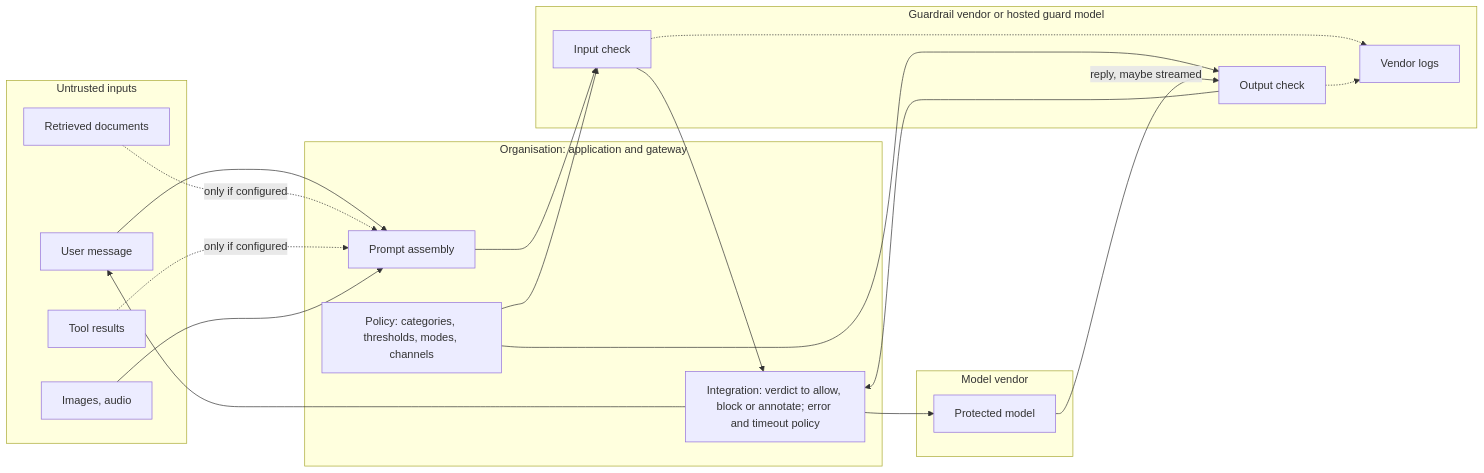
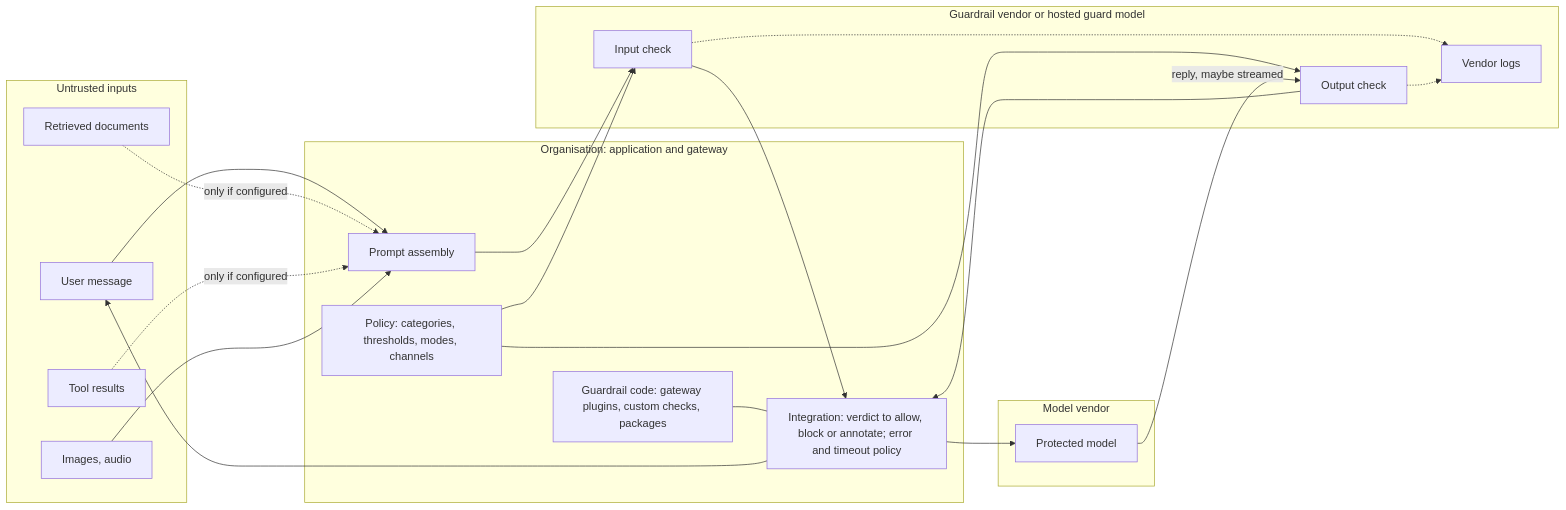
One commit to wtcooper/ai-security-evals changed the diagram in threat-models/guardrail.md. Above: the diagram before and after it, drawn with Mermaid. The commit also changed other lines of this file and 4 other files, not shown here.

````diff
--- a/threat-models/guardrail.md
+++ b/threat-models/guardrail.md
@@ -72,32 +82,34 @@
 ```mermaid
 flowchart LR
   subgraph IN["Untrusted inputs"]
     U["User message"]
     R["Retrieved documents"]
     T["Tool results"]
     MM["Images, audio"]
   end
   subgraph ORG["Organisation: application and gateway"]
     A["Prompt assembly"]
     IC["Integration: verdict to allow, block or annotate; error and timeout policy"]
     P["Policy: categories, thresholds, modes, channels"]
+    GC["Guardrail code: gateway plugins, custom checks, packages"]
   end
   subgraph GV["Guardrail vendor or hosted guard model"]
     GI["Input check"]
     GO["Output check"]
     GL["Vendor logs"]
   end
   subgraph MV["Model vendor"]
     M["Protected model"]
   end
   U --> A
   R -.->|"only if configured"| A
   T -.->|"only if configured"| A
   MM --> A
   A --> GI --> IC --> M
   P --> GI
   P --> GO
+  GC --- IC
   M -->|"reply, maybe streamed"| GO --> IC --> U
   GI -.-> GL
   GO -.-> GL
 ```
````
